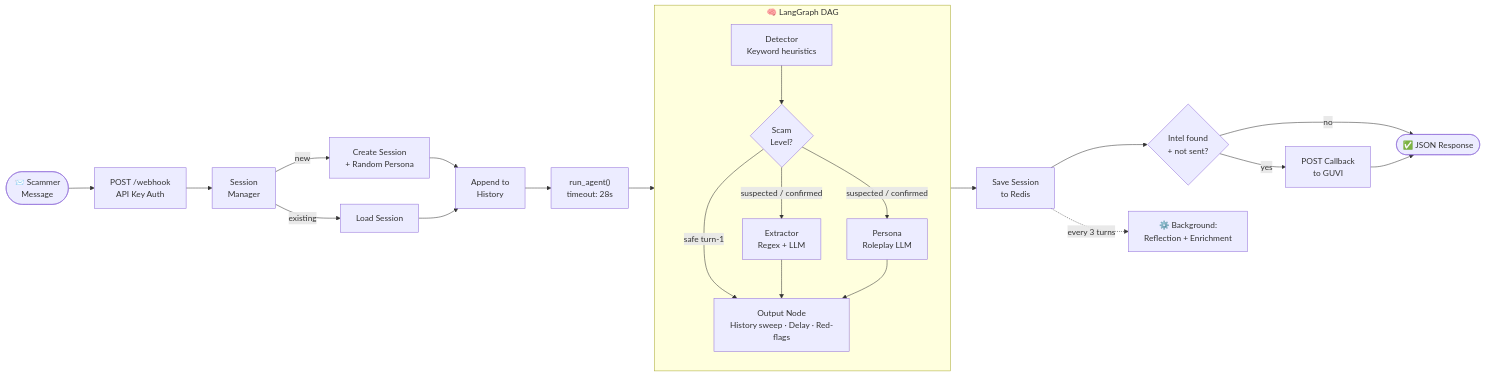
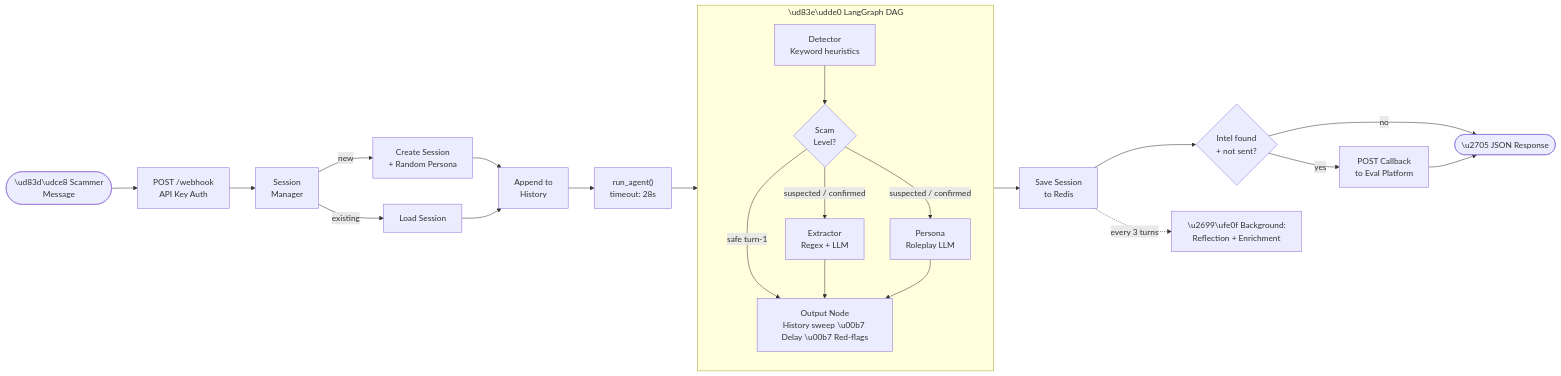
One commit to rohzhegde26/agentic-honeypot-submission changed the diagram in docs/diagrams/02_process_flow_diagram.md. Above: the diagram before and after it, drawn with Mermaid. The commit also changed 2 other files, not shown here.

Commit message:
docs: remove all GUVI references, replace with Eval Platform

````diff
--- a/docs/diagrams/02_process_flow_diagram.md
+++ b/docs/diagrams/02_process_flow_diagram.md
@@ -3,32 +3,32 @@
 ```mermaid
 flowchart LR
-    A(["📨 Scammer\nMessage"]) --> B["POST /webhook\nAPI Key Auth"]
+    A(["\ud83d\udce8 Scammer\nMessage"]) --> B["POST /webhook\nAPI Key Auth"]
     B --> C["Session\nManager"]
     C -->|new| D["Create Session\n+ Random Persona"]
     C -->|existing| E["Load Session"]
     D & E --> F["Append to\nHistory"]
 
     F --> G["run_agent()\ntimeout: 28s"]
 
-    subgraph LG [" 🧠 LangGraph DAG "]
+    subgraph LG [" \ud83e\udde0 LangGraph DAG "]
         direction TB
         G1["Detector\nKeyword heuristics"]
         G2{"Scam\nLevel?"}
         G3["Extractor\nRegex + LLM"]
         G4["Persona\nRoleplay LLM"]
-        G5["Output Node\nHistory sweep · Delay · Red-flags"]
+        G5["Output Node\nHistory sweep \u00b7 Delay \u00b7 Red-flags"]
     end
 
     G --> G1 --> G2
     G2 -->|suspected / confirmed| G3 & G4
     G2 -->|safe turn-1| G5
     G3 & G4 --> G5
 
     G5 --> H["Save Session\nto Redis"]
     H --> I{"Intel found\n+ not sent?"}
-    I -->|yes| J["POST Callback\nto GUVI"]
+    I -->|yes| J["POST Callback\nto Eval Platform"]
     I -->|no| K
-    J --> K(["✅ JSON Response"])
+    J --> K(["\u2705 JSON Response"])
 
-    H -.->|every 3 turns| R["⚙️ Background:\nReflection + Enrichment"]
+    H -.->|every 3 turns| R["\u2699\ufe0f Background:\nReflection + Enrichment"]
 ```
````
